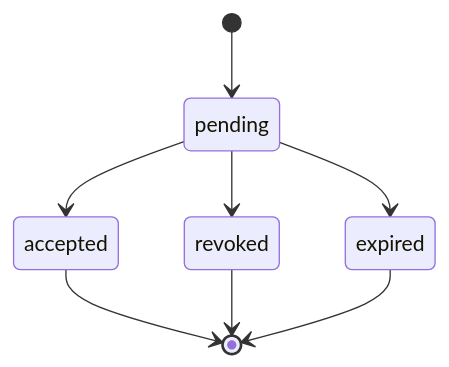
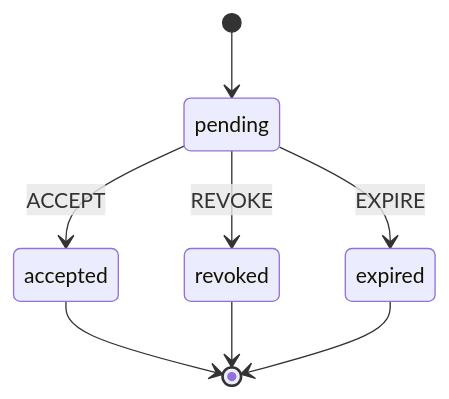
One commit to kody-hq/kody changed the third of 51 diagrams in docs/contributing/state-machines.md. Above: the diagram before and after it, drawn with Mermaid. The commit also changed other lines of this file and 129 other files, not shown here.

````diff
--- a/docs/contributing/state-machines.md
+++ b/docs/contributing/state-machines.md
@@ -90,10 +107,10 @@
 ```mermaid
 stateDiagram-v2
     [*] --> pending
-    pending --> accepted
-    pending --> revoked
-    pending --> expired
+    pending --> accepted: ACCEPT
+    pending --> revoked: REVOKE
+    pending --> expired: EXPIRE
     accepted --> [*]
     revoked --> [*]
     expired --> [*]
 ```
````
